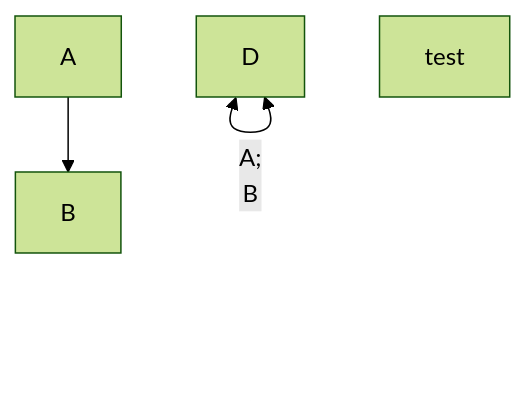
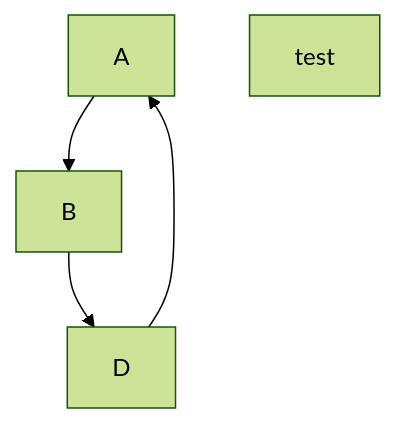
The diagram in README.md (consulan/killercoda-test-gitclone), drawn with Mermaid (forest theme) before and after one commit.

````diff
--- a/README.md
+++ b/README.md
@@ -10,8 +10,8 @@
  ```mermaid
  graph TD;
     A-->B;
-    D<--A;
+    D-->A;
     B-->D;
   test
   test
 ```
````
